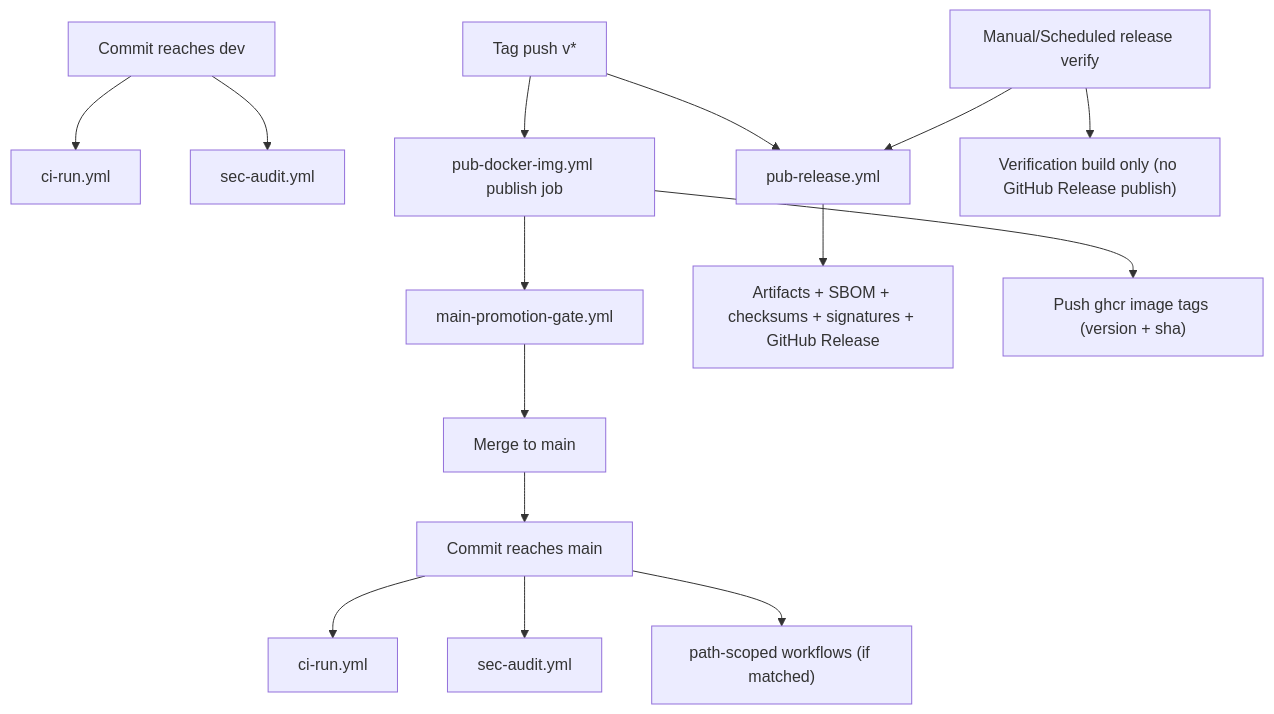
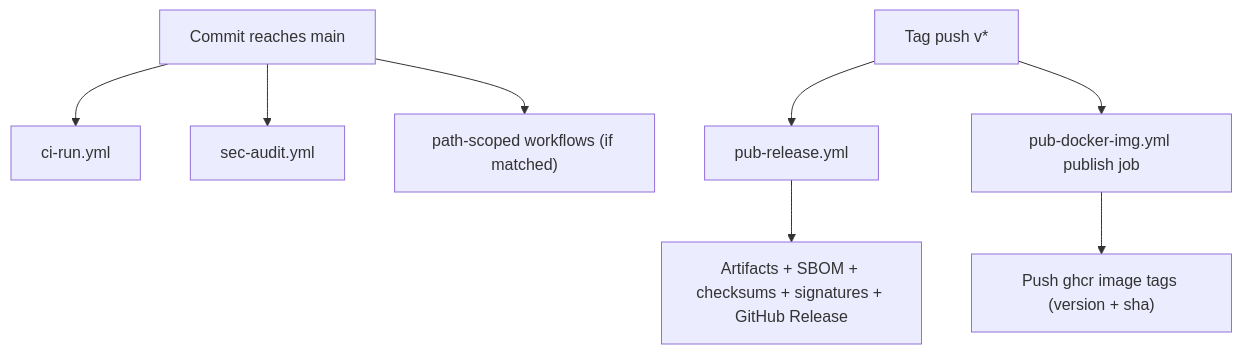
One commit to cgn175/zeroclaw changed the second of 2 diagrams in .github/workflows/main-branch-flow.md. Above: the diagram before and after it, drawn with Mermaid. The commit also changed other lines of this file and 361 other files, not shown here.

First line of the commit message:
Revert "Merge branch 'main' into a2a-protocol"

````diff
--- a/.github/workflows/main-branch-flow.md
+++ b/.github/workflows/main-branch-flow.md
@@ -216,17 +196,10 @@
 ```mermaid
 flowchart TD
-  D0["Commit reaches dev"] --> B0["ci-run.yml"]
-  D0 --> C0["sec-audit.yml"]
-  P["Promotion PR dev -> main"] --> PG["main-promotion-gate.yml"]
-  PG --> M["Merge to main"]
-  M --> A["Commit reaches main"]
-  A --> B["ci-run.yml"]
+  A["Commit reaches main"] --> B["ci-run.yml"]
   A --> C["sec-audit.yml"]
   A --> D["path-scoped workflows (if matched)"]
   T["Tag push v*"] --> R["pub-release.yml"]
-  W["Manual/Scheduled release verify"] --> R
   T --> P["pub-docker-img.yml publish job"]
   R --> R1["Artifacts + SBOM + checksums + signatures + GitHub Release"]
-  W --> R2["Verification build only (no GitHub Release publish)"]
   P --> P1["Push ghcr image tags (version + sha)"]
 ```
````
